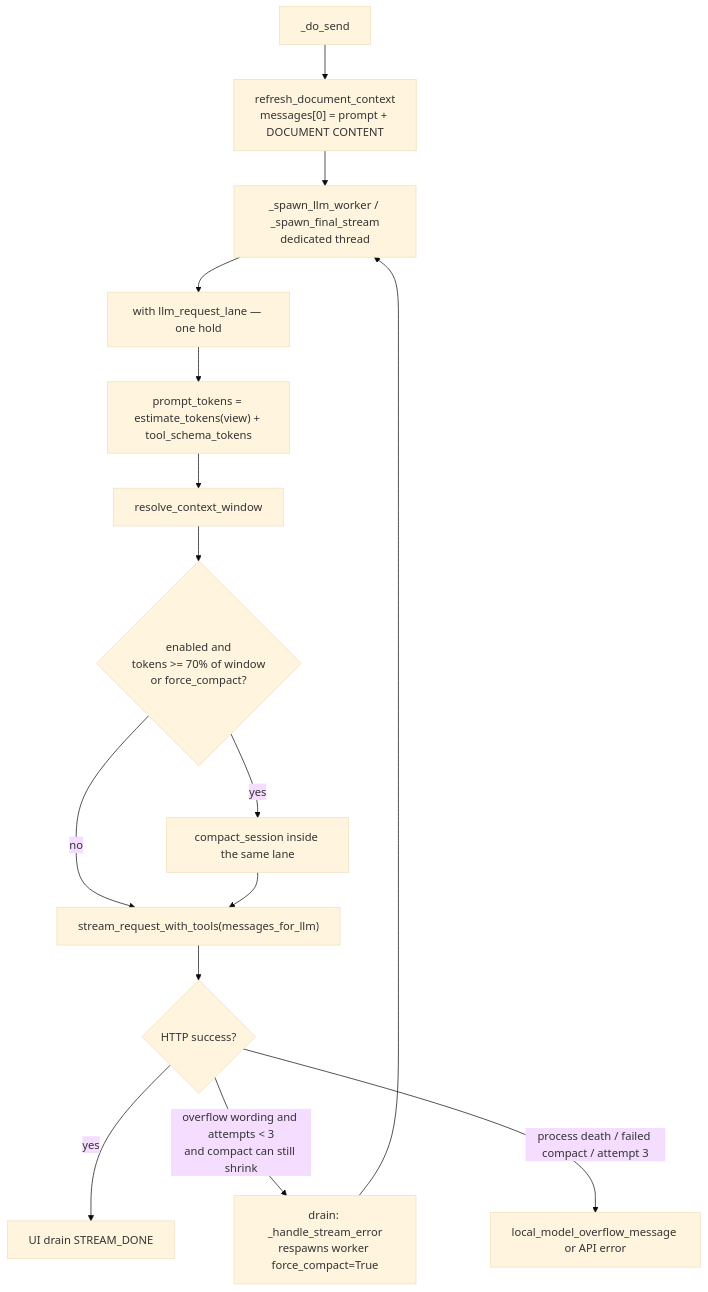
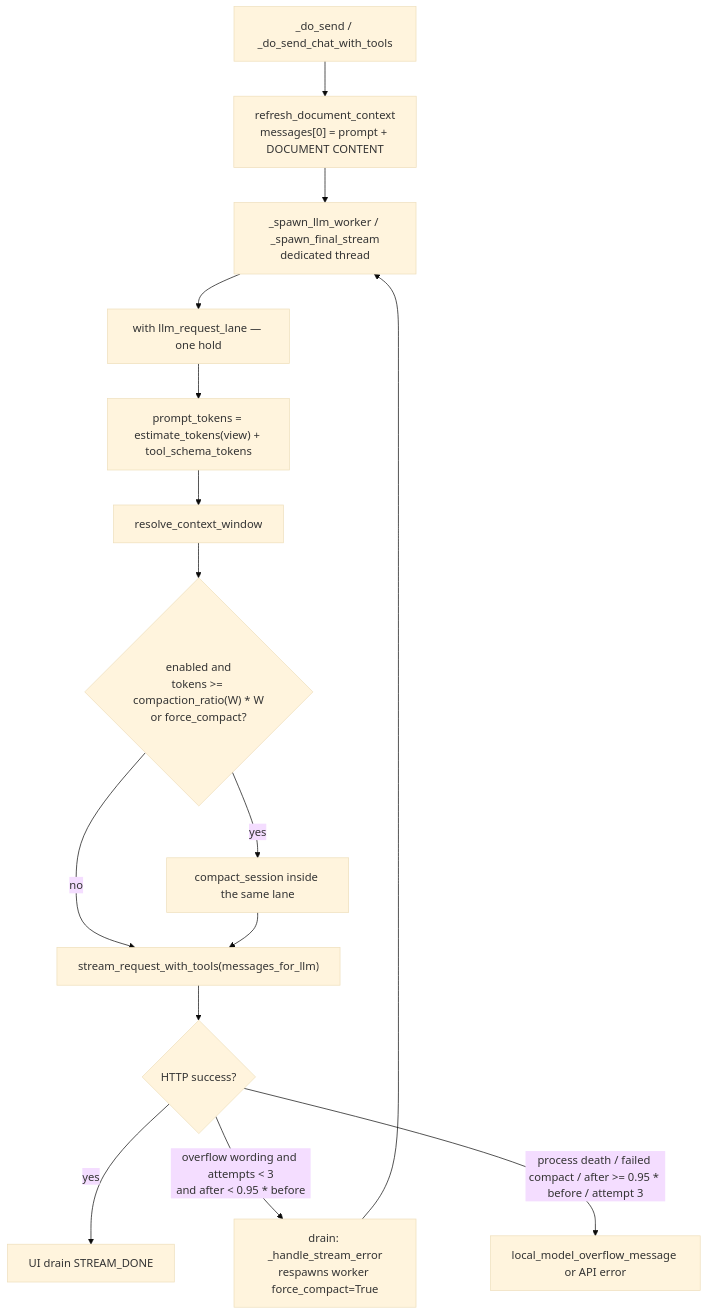
Before and after one commit to KeithCu/localwriter: the first of 2 diagrams in docs/chat/compaction-dev-plan.md, drawn with Mermaid (base theme). The commit also changed other lines of this file, not shown here.

````diff
--- a/docs/chat/compaction-dev-plan.md
+++ b/docs/chat/compaction-dev-plan.md
@@ -168,17 +455,17 @@
 ```mermaid
 flowchart TD
-  send["_do_send"] --> refresh["refresh_document_context<br/>messages[0] = prompt + DOCUMENT CONTENT"]
+  send["_do_send / _do_send_chat_with_tools"] --> refresh["refresh_document_context<br/>messages[0] = prompt + DOCUMENT CONTENT"]
   refresh --> worker["_spawn_llm_worker / _spawn_final_stream<br/>dedicated thread"]
   worker --> lane["with llm_request_lane — one hold"]
   lane --> estimate["prompt_tokens = estimate_tokens(view) + tool_schema_tokens"]
   estimate --> window["resolve_context_window"]
-  window --> gate{"enabled and<br/>tokens >= 70% of window<br/>or force_compact?"}
+  window --> gate{"enabled and<br/>tokens >= compaction_ratio(W) * W<br/>or force_compact?"}
   gate -->|no| llm["stream_request_with_tools(messages_for_llm)"]
   gate -->|yes| compact["compact_session inside the same lane"]
   compact --> llm
   llm --> ok{"HTTP success?"}
   ok -->|yes| drain["UI drain STREAM_DONE"]
-  ok -->|overflow wording and attempts < 3<br/>and compact can still shrink| respawn["drain: _handle_stream_error<br/>respawns worker force_compact=True"]
+  ok -->|overflow wording and attempts < 3<br/>and after < 0.95 * before| respawn["drain: _handle_stream_error<br/>respawns worker force_compact=True"]
   respawn --> worker
-  ok -->|process death / failed compact / attempt 3| err["local_model_overflow_message or API error"]
+  ok -->|process death / failed compact / after >= 0.95 * before / attempt 3| err["local_model_overflow_message or API error"]
 ```
````
